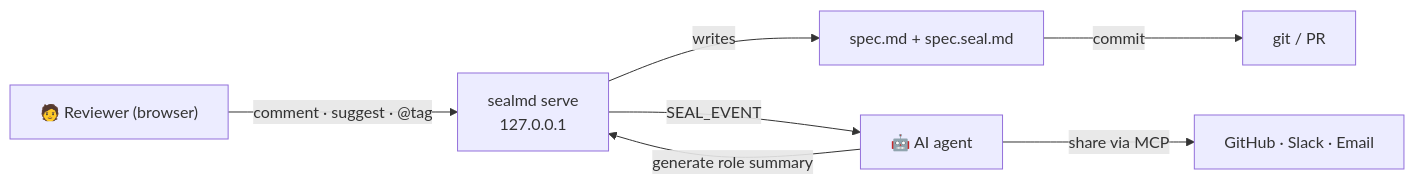
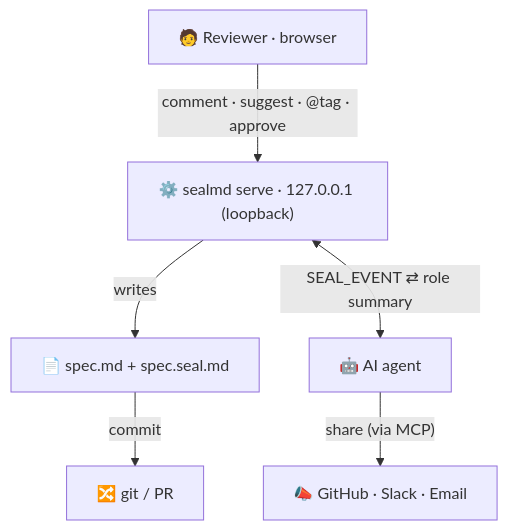
One commit to jonyster/sealmd changed the diagram in README.md. Above: the diagram before and after it, drawn with Mermaid. The commit also changed other lines of this file, not shown here.

Commit message:
docs: vertical (TD) mermaid diagram so it fits GitHub's render box

````diff
--- a/README.md
+++ b/README.md
@@ -98,9 +98,15 @@
 ```mermaid
-flowchart LR
-    H["🧑 Reviewer (browser)"] -->|comment · suggest · @tag| S["sealmd serve<br/>127.0.0.1"]
-    S -->|writes| F["spec.md + spec.seal.md"]
-    S -->|SEAL_EVENT| A["🤖 AI agent"]
-    A -->|generate role summary| S
-    A -->|share via MCP| X["GitHub · Slack · Email"]
-    F -->|commit| G["git / PR"]
+flowchart TD
+    H["🧑 Reviewer · browser"]
+    S["⚙️ sealmd serve · 127.0.0.1 (loopback)"]
+    A["🤖 AI agent"]
+    F["📄 spec.md + spec.seal.md"]
+    G["🔀 git / PR"]
+    X["📣 GitHub · Slack · Email"]
+
+    H -->|"comment · suggest · @tag · approve"| S
+    S -->|"writes"| F
+    F -->|"commit"| G
+    S <-->|"SEAL_EVENT ⇄ role summary"| A
+    A -->|"share (via MCP)"| X
 ```
````
